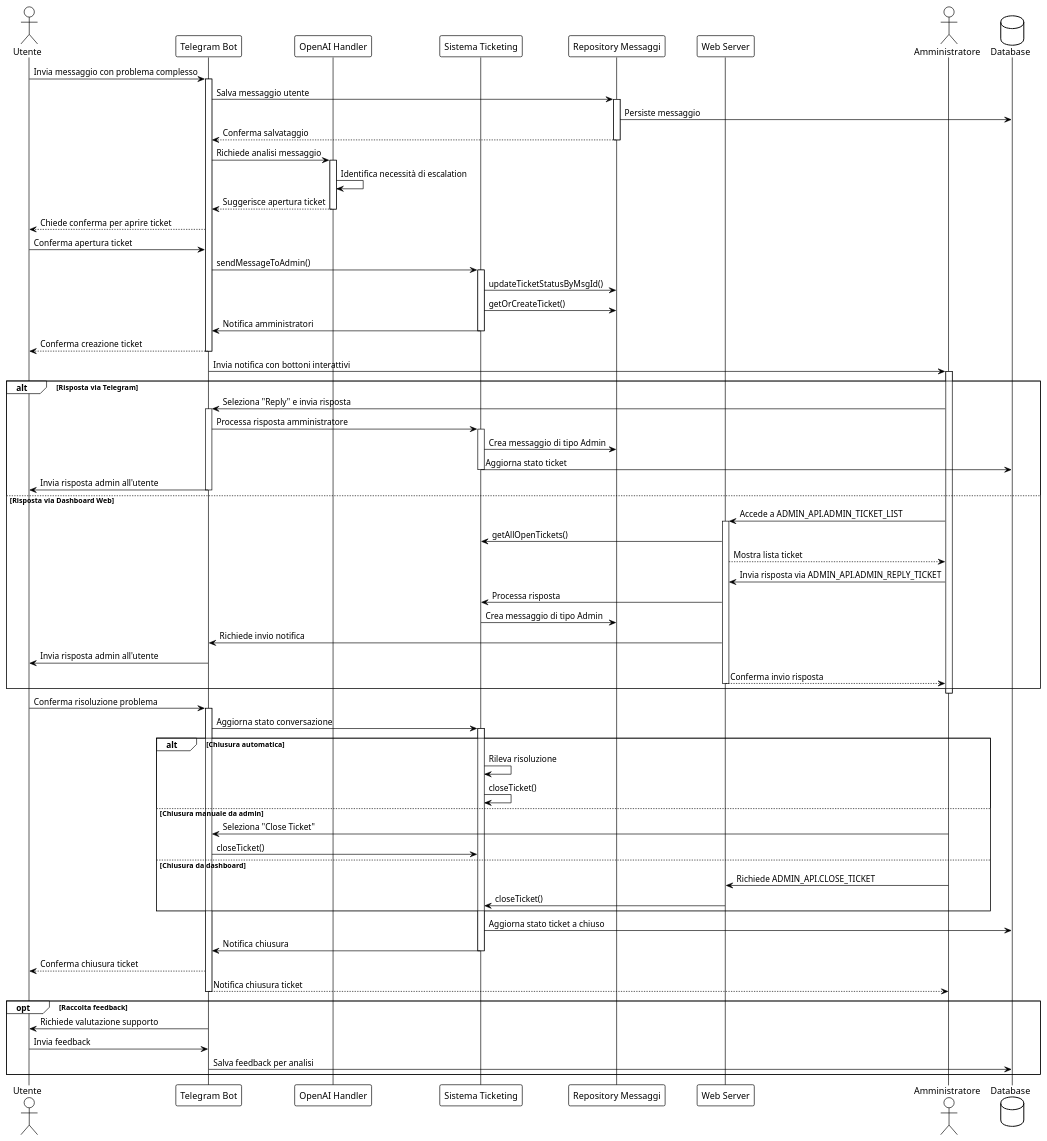
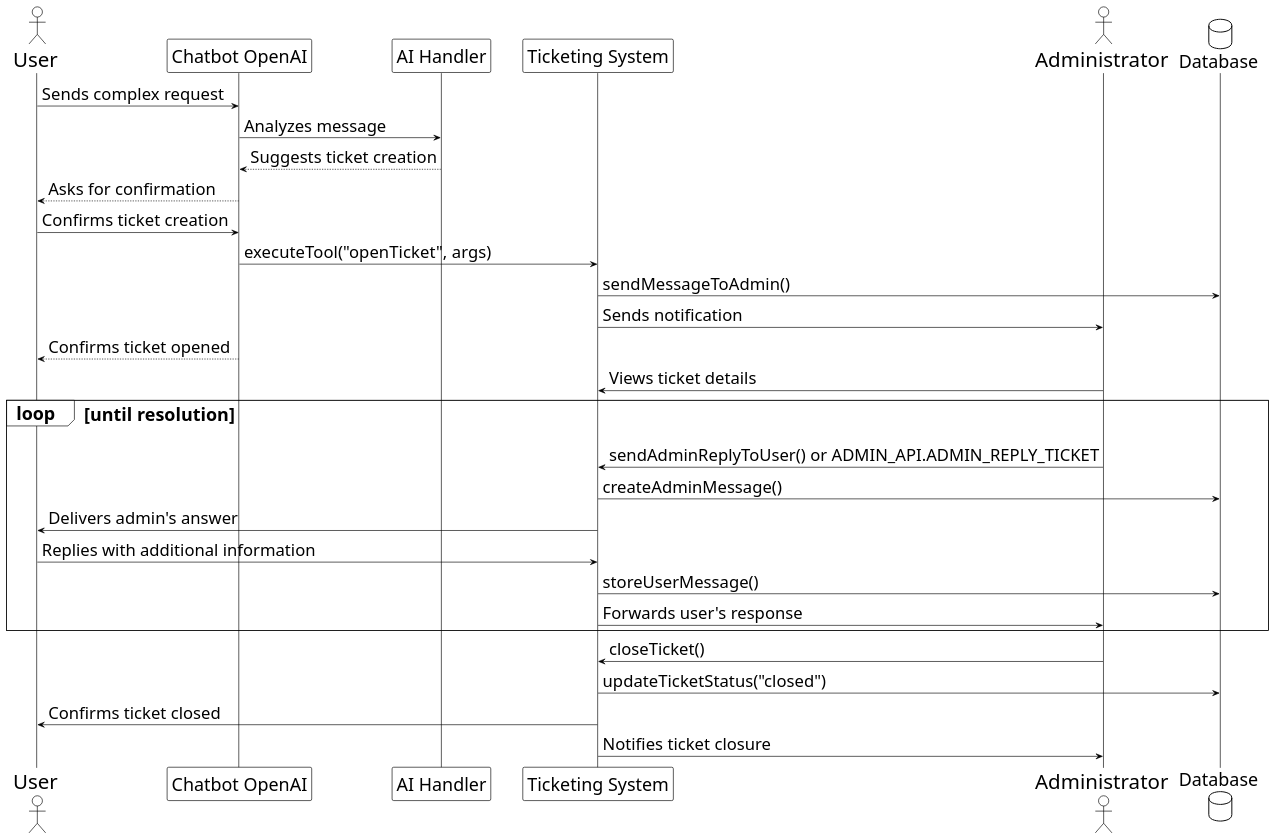
The diagram in doc/diagrams/ticketing/ticket-interaction-sequence.puml (Gaseb86/tirocinio), drawn with PlantUML before and after one commit. The commit also changed other lines of this file and 55 other files, not shown here.

```diff
--- a/doc/diagrams/ticketing/ticket-interaction-sequence.puml
+++ b/doc/diagrams/ticketing/ticket-interaction-sequence.puml
@@ -1,115 +1,61 @@
 @startuml Ticket Interaction Sequence Diagram
 !theme plain
 skinparam ParticipantPadding 20
 skinparam BoxPadding 10
 
-actor "Utente" as User
-participant "Telegram Bot" as TgBot
-participant "OpenAI Handler" as AIHandler
-participant "Sistema Ticketing" as TicketSystem
-participant "Repository Messaggi" as MsgRepo
-participant "Web Server" as WebServer
-actor "Amministratore" as Admin
+' Double the font size with skinparam settings
+skinparam defaultFontSize 28
+skinparam actorFontSize 32
+skinparam participantFontSize 28
+skinparam arrowFontSize 26
+skinparam noteFontSize 24
+skinparam boxFontSize 30
+skinparam sequenceGroupFontSize 28
+skinparam sequenceDividerFontSize 28
+skinparam sequenceReferenceFontSize 28
+skinparam sequenceBoxFontSize 28
+
+actor "User" as User
+participant "Chatbot OpenAI" as Bot
+participant "AI Handler" as AIHandler
+participant "Ticketing System" as TicketSystem
+actor "Administrator" as Admin
 database "Database" as DB
 
-box "Fase 1: Rilevamento e Creazione" #LightBlue
-  User -> TgBot: Invia messaggio con problema complesso
-  activate TgBot
+box "Phase 1: Detection & Creation" #LightBlue
+  User -> Bot: Sends complex request
+  Bot -> AIHandler: Analyzes message
+  AIHandler --> Bot: Suggests ticket creation
+  Bot --> User: Asks for confirmation
+  User -> Bot: Confirms ticket creation
   
-  TgBot -> MsgRepo: Salva messaggio utente
-  activate MsgRepo
-  MsgRepo -> DB: Persiste messaggio
-  MsgRepo --> TgBot: Conferma salvataggio
-  deactivate MsgRepo
-  
-  TgBot -> AIHandler: Richiede analisi messaggio
-  activate AIHandler
-  AIHandler -> AIHandler: Identifica necessità di escalation
-  AIHandler --> TgBot: Suggerisce apertura ticket
-  deactivate AIHandler
-  
-  TgBot --> User: Chiede conferma per aprire ticket
-  User -> TgBot: Conferma apertura ticket
-  
-  TgBot -> TicketSystem: sendMessageToAdmin()
-  activate TicketSystem
-  
-  TicketSystem -> MsgRepo: updateTicketStatusByMsgId()
-  TicketSystem -> MsgRepo: getOrCreateTicket()
-  TicketSystem -> TgBot: Notifica amministratori
-  deactivate TicketSystem
-  
-  TgBot --> User: Conferma creazione ticket
-  deactivate TgBot
+  Bot -> TicketSystem: executeTool("openTicket", args)
+  TicketSystem -> DB: sendMessageToAdmin()
+  TicketSystem -> Admin: Sends notification
+  Bot --> User: Confirms ticket opened
+  deactivate Bot
 end box
 
-box "Fase 2: Gestione e Risposta" #LightYellow
-  TgBot -> Admin: Invia notifica con bottoni interattivi
-  activate Admin
+box "Phase 2: Management & Response" #LightYellow
+  Admin -> TicketSystem: Views ticket details
   
-  alt Risposta via Telegram
-    Admin -> TgBot: Seleziona "Reply" e invia risposta
-    activate TgBot
+  loop until resolution
+    Admin -> TicketSystem: sendAdminReplyToUser() or ADMIN_API.ADMIN_REPLY_TICKET
+    TicketSystem -> DB: createAdminMessage()
+    TicketSystem -> User: Delivers admin's answer
     
-    TgBot -> TicketSystem: Processa risposta amministratore
-    activate TicketSystem
-    TicketSystem -> MsgRepo: Crea messaggio di tipo Admin
-    TicketSystem -> DB: Aggiorna stato ticket
-    deactivate TicketSystem
-    
-    TgBot -> User: Invia risposta admin all'utente
-    deactivate TgBot
-  else Risposta via Dashboard Web
-    Admin -> WebServer: Accede a ADMIN_API.ADMIN_TICKET_LIST
-    activate WebServer
-    
-    WebServer -> TicketSystem: getAllOpenTickets()
-    WebServer --> Admin: Mostra lista ticket
-    
-    Admin -> WebServer: Invia risposta via ADMIN_API.ADMIN_REPLY_TICKET
-    WebServer -> TicketSystem: Processa risposta
-    TicketSystem -> MsgRepo: Crea messaggio di tipo Admin
-    
-    WebServer -> TgBot: Richiede invio notifica
-    TgBot -> User: Invia risposta admin all'utente
-    
-    WebServer --> Admin: Conferma invio risposta
-    deactivate WebServer
+    User -> TicketSystem: Replies with additional information
+    TicketSystem -> DB: storeUserMessage()
+    TicketSystem -> Admin: Forwards user's response
   end
-  deactivate Admin
+  
+  Admin -> TicketSystem: closeTicket()
 end box
 
-box "Fase 3: Risoluzione e Chiusura" #LightGreen
-  User -> TgBot: Conferma risoluzione problema
-  activate TgBot
-  
-  TgBot -> TicketSystem: Aggiorna stato conversazione
-  activate TicketSystem
-  
-  alt Chiusura automatica
-    TicketSystem -> TicketSystem: Rileva risoluzione
-    TicketSystem -> TicketSystem: closeTicket()
-  else Chiusura manuale da admin
-    Admin -> TgBot: Seleziona "Close Ticket"
-    TgBot -> TicketSystem: closeTicket()
-  else Chiusura da dashboard
-    Admin -> WebServer: Richiede ADMIN_API.CLOSE_TICKET
-    WebServer -> TicketSystem: closeTicket()
-  end
-  
-  TicketSystem -> DB: Aggiorna stato ticket a chiuso
-  TicketSystem -> TgBot: Notifica chiusura
-  deactivate TicketSystem
-  
-  TgBot --> User: Conferma chiusura ticket
-  TgBot --> Admin: Notifica chiusura ticket
-  deactivate TgBot
-  
-  opt Raccolta feedback
-    TgBot -> User: Richiede valutazione supporto
-    User -> TgBot: Invia feedback
-    TgBot -> DB: Salva feedback per analisi
-  end
+box "Phase 3: Resolution & Closure" #LightGreen
+  TicketSystem -> DB: updateTicketStatus("closed")
+  TicketSystem -> User: Confirms ticket closed
+  TicketSystem -> Admin: Notifies ticket closure
 end box
 
 @enduml
```
